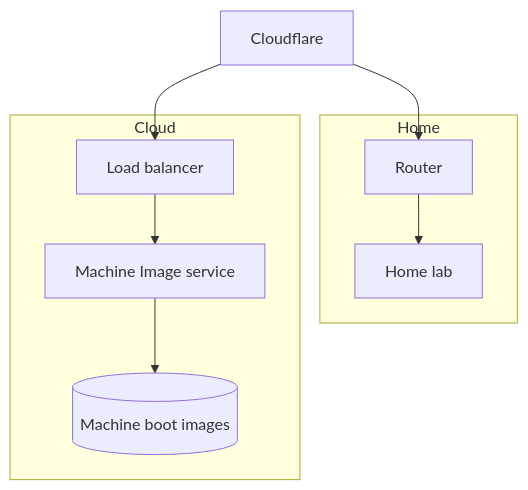
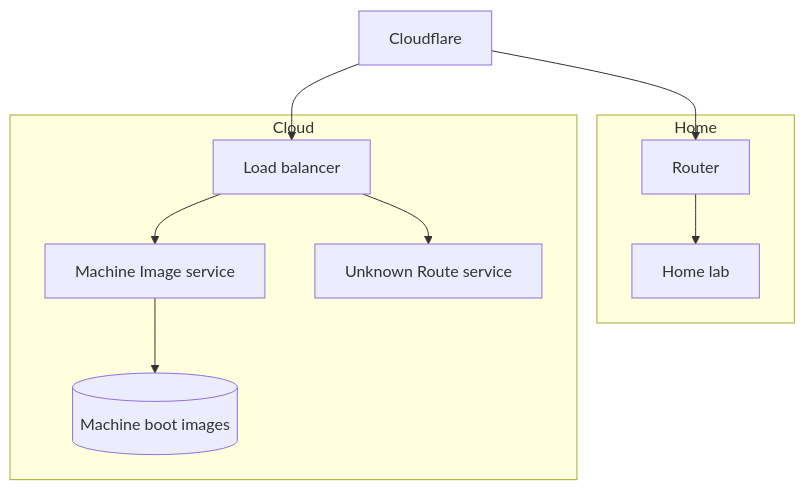
One commit to Zaba505/infra changed the diagram in README.md. Above: the diagram before and after it, drawn with Mermaid. The commit also changed 17 other files, not shown here.

First line of the commit message:
story(google-cloud): deploy external load balancer for services (#32)

````diff
--- a/README.md
+++ b/README.md
@@ -3,20 +3,22 @@
 ```mermaid
 flowchart TB
     cloudflare["Cloudflare"]
     homeRouter["Router"]
     homeLab["Home lab"]
     loadBalancer["Load balancer"]
     bootImages[("Machine boot images")]
     imageService["Machine Image service"]
+    sinkService["Unknown Route service"]
 
     cloudflare --> homeRouter
     subgraph one [Home]
     homeRouter --> homeLab
     end
 
     cloudflare --> loadBalancer
     subgraph two [Cloud]
     loadBalancer --> imageService
+    loadBalancer --> sinkService
     imageService --> bootImages
     end
 ```
````
